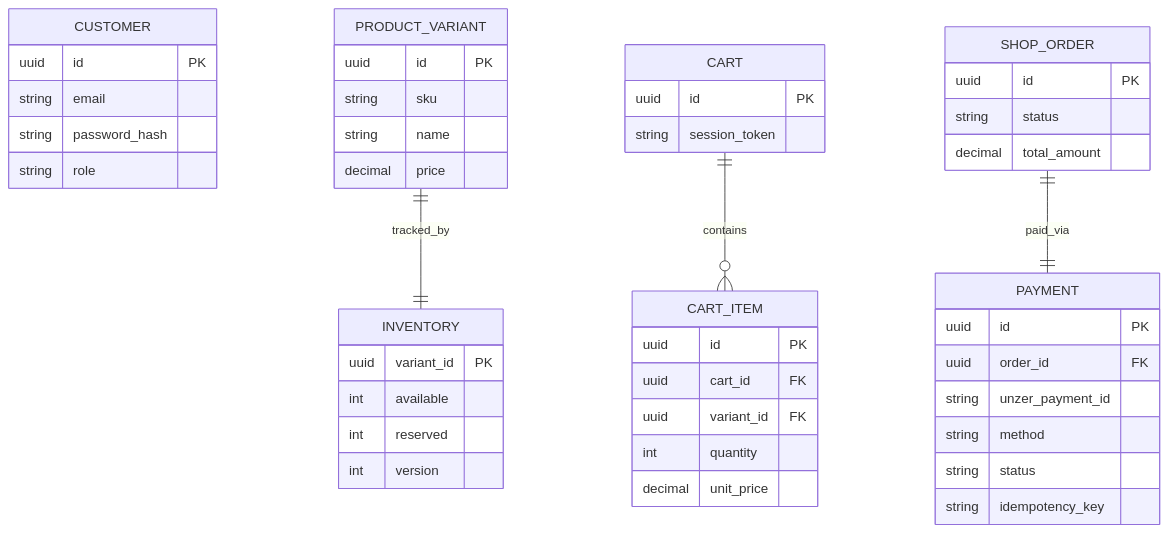
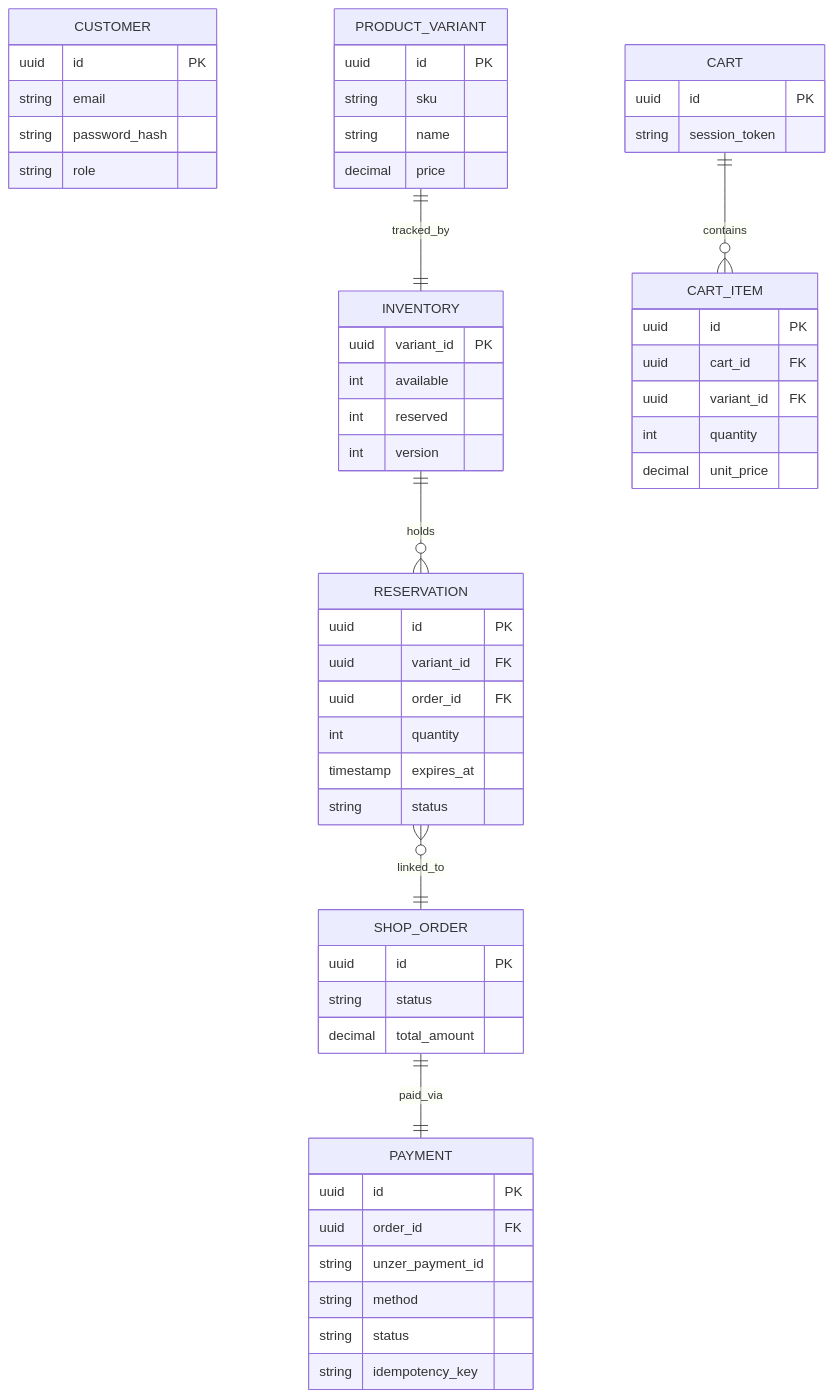
The third of 6 diagrams in architecture.md (HARrrrisoon39/Unzer-Task-Code), drawn with Mermaid before and after one commit. The commit also changed other lines of this file and 1 other file, not shown here.

````diff
--- a/architecture.md
+++ b/architecture.md
@@ -81,49 +83,59 @@
 ```mermaid
 erDiagram
   CUSTOMER {
     uuid id PK
     string email
     string password_hash
     string role
   }
   PRODUCT_VARIANT {
     uuid id PK
     string sku
     string name
     decimal price
   }
   INVENTORY {
     uuid variant_id PK
     int available
     int reserved
     int version
+  }
+  RESERVATION {
+    uuid id PK
+    uuid variant_id FK
+    uuid order_id FK
+    int quantity
+    timestamp expires_at
+    string status
   }
   CART {
     uuid id PK
     string session_token
   }
   CART_ITEM {
     uuid id PK
     uuid cart_id FK
     uuid variant_id FK
     int quantity
     decimal unit_price
   }
   SHOP_ORDER {
     uuid id PK
     string status
     decimal total_amount
   }
   PAYMENT {
     uuid id PK
     uuid order_id FK
     string unzer_payment_id
     string method
     string status
     string idempotency_key
   }
 
   CART ||--o{ CART_ITEM : contains
   PRODUCT_VARIANT ||--|| INVENTORY : tracked_by
+  INVENTORY ||--o{ RESERVATION : holds
   SHOP_ORDER ||--|| PAYMENT : paid_via
+  RESERVATION }o--|| SHOP_ORDER : linked_to
 ```
````
